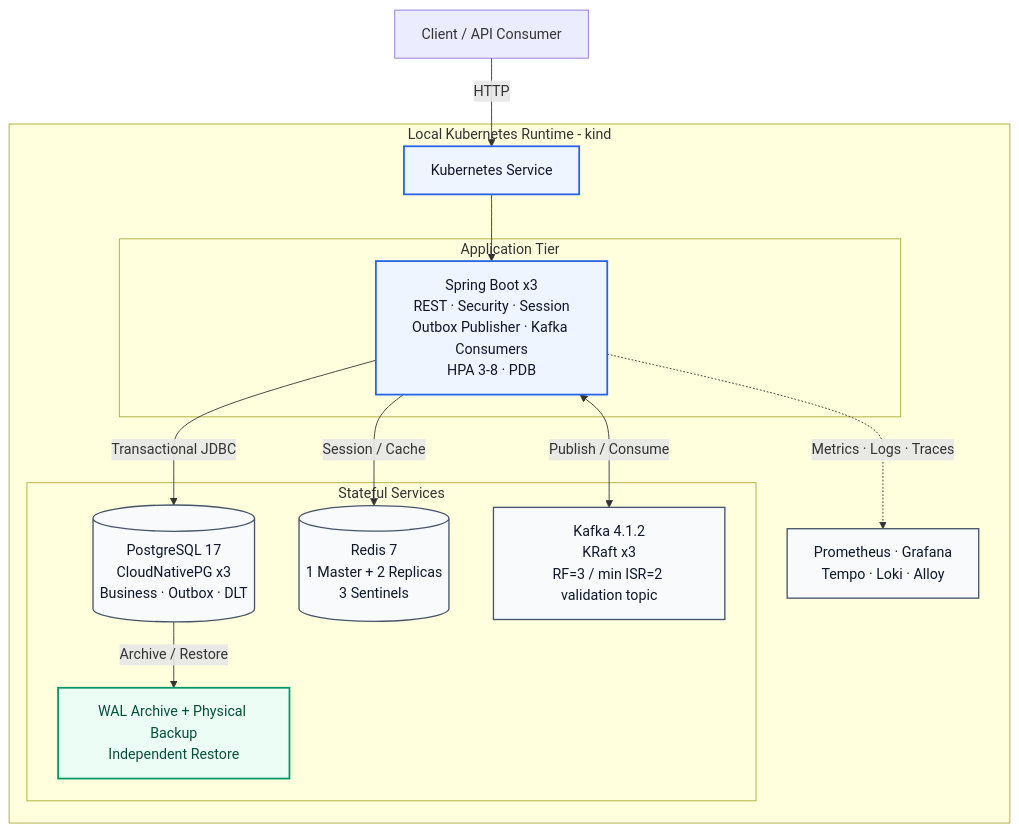
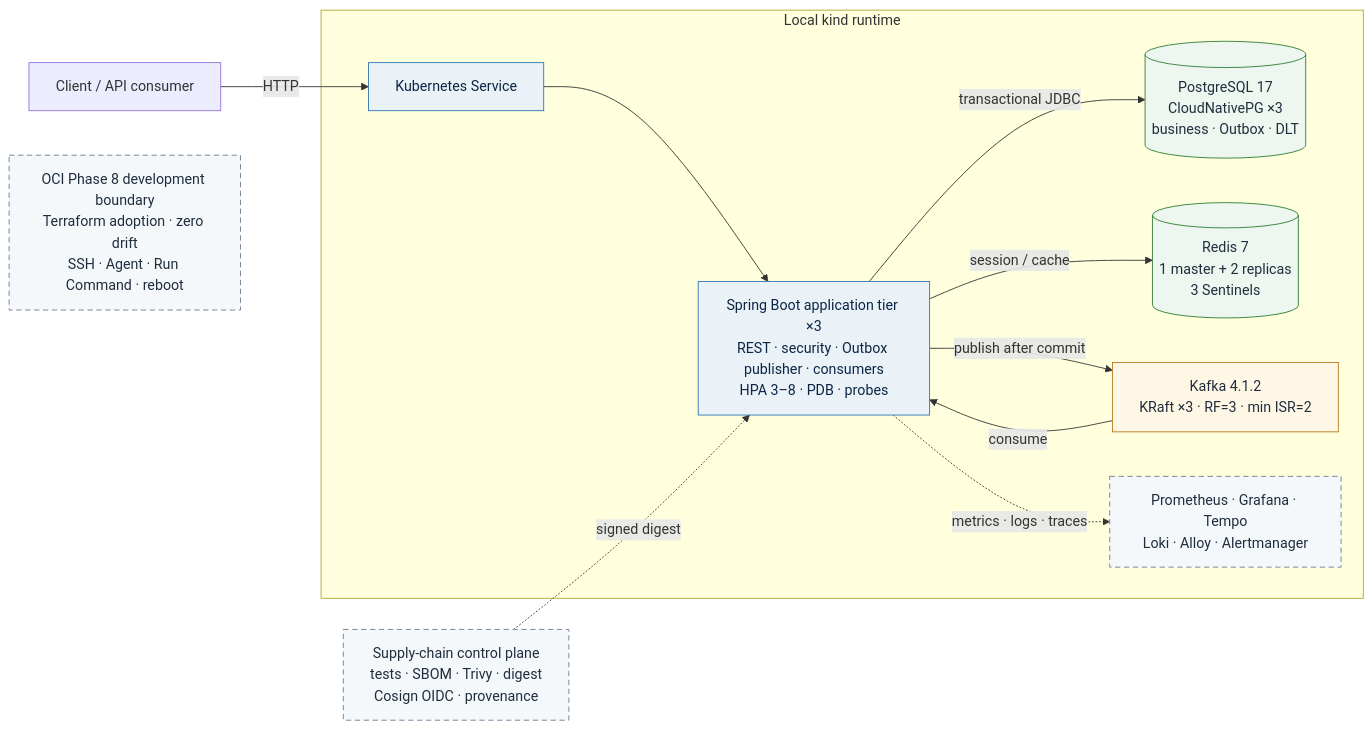
One commit to ravan-chuang/spring-boot-ecommerce-backend changed the first of 4 diagrams in SpringBoot_Backend_Engineering_Summary.md. Above: the diagram before and after it, drawn with Mermaid. The commit also changed other lines of this file and 1 other file, not shown here.

Commit message:
docs: refine Phase 8 evidence documentation (#43)

````diff
--- a/SpringBoot_Backend_Engineering_Summary.md
+++ b/SpringBoot_Backend_Engineering_Summary.md
@@ -72,36 +85,25 @@
 ```mermaid
-flowchart TB
-    Client["Client / API Consumer"]
+flowchart LR
+    Client["Client / API consumer"] -->|HTTP| Service["Kubernetes Service"]
 
-    subgraph K8s["Local Kubernetes Runtime - kind"]
-        Service["Kubernetes Service"]
-
-        subgraph AppTier["Application Tier"]
-            App["Spring Boot x3<br/>REST · Security · Session<br/>Outbox Publisher · Kafka Consumers<br/>HPA 3-8 · PDB"]
-        end
-
-        subgraph Stateful["Stateful Services"]
-            PG[("PostgreSQL 17<br/>CloudNativePG x3<br/>Business · Outbox · DLT")]
-            Redis[("Redis 7<br/>1 Master + 2 Replicas<br/>3 Sentinels")]
-            Kafka["Kafka 4.1.2<br/>KRaft x3<br/>RF=3 / min ISR=2 validation topic"]
-            Backup["WAL Archive + Physical Backup<br/>Independent Restore"]
-        end
-
-        Obs["Prometheus · Grafana<br/>Tempo · Loki · Alloy"]
+    subgraph Local["Local kind runtime"]
+        Service --> App["Spring Boot application tier ×3<br/>REST · security · Outbox publisher · consumers<br/>HPA 3–8 · PDB · probes"]
+        App -->|transactional JDBC| PG[("PostgreSQL 17<br/>CloudNativePG ×3<br/>business · Outbox · DLT")]
+        App -->|session / cache| Redis[("Redis 7<br/>1 master + 2 replicas<br/>3 Sentinels")]
+        App -->|publish after commit| Kafka["Kafka 4.1.2<br/>KRaft ×3 · RF=3 · min ISR=2"]
+        Kafka -->|consume| App
+        App -.->|metrics · logs · traces| Obs["Prometheus · Grafana · Tempo<br/>Loki · Alloy · Alertmanager"]
     end
 
-    Client -->|HTTP| Service
-    Service --> App
-    App -->|Transactional JDBC| PG
-    App -->|Session / Cache| Redis
-    App <-->|Publish / Consume| Kafka
-    App -.->|Metrics · Logs · Traces| Obs
-    PG -->|Archive / Restore| Backup
+    Supply["Supply-chain control plane<br/>tests · SBOM · Trivy · digest<br/>Cosign OIDC · provenance"] -.->|signed digest| App
+    OCI["OCI Phase 8 development boundary<br/>Terraform adoption · zero drift<br/>SSH · Agent · Run Command · reboot"]
 
-    classDef edge fill:#eef5ff,stroke:#2563eb,stroke-width:2px,color:#0f172a;
-    classDef state fill:#f8fafc,stroke:#475569,stroke-width:1.5px,color:#0f172a;
-    classDef recover fill:#ecfdf5,stroke:#059669,stroke-width:2px,color:#064e3b;
-    class App,Service edge;
-    class PG,Redis,Kafka,Obs state;
-    class Backup recover;
+    classDef runtime fill:#eaf2f8,stroke:#2e74b5,color:#0b2545;
+    classDef durable fill:#edf7ef,stroke:#2e7d32,color:#1f2d3d;
+    classDef async fill:#fff7e6,stroke:#b7791f,color:#1f2d3d;
+    classDef control fill:#f5f8fb,stroke:#6b7c8f,color:#1f2d3d,stroke-dasharray:6 4;
+    class App,Service runtime;
+    class PG,Redis durable;
+    class Kafka async;
+    class Supply,OCI,Obs control;
 ```
````
